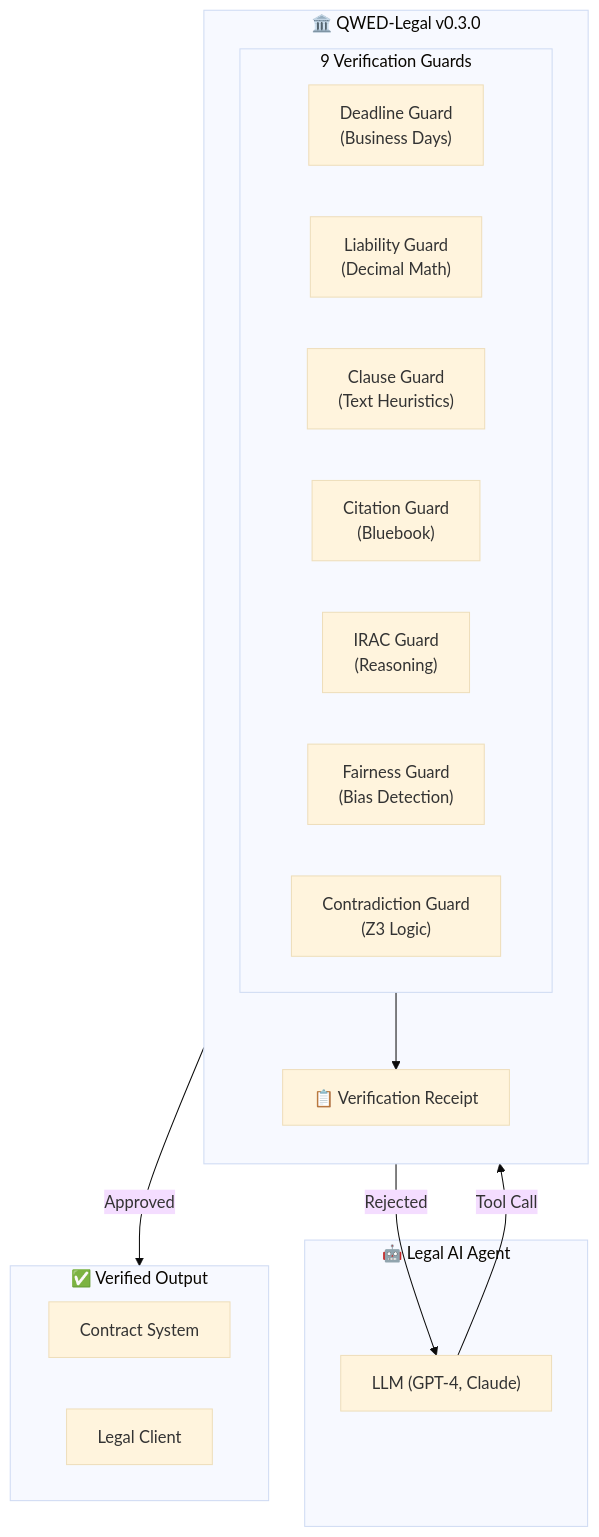
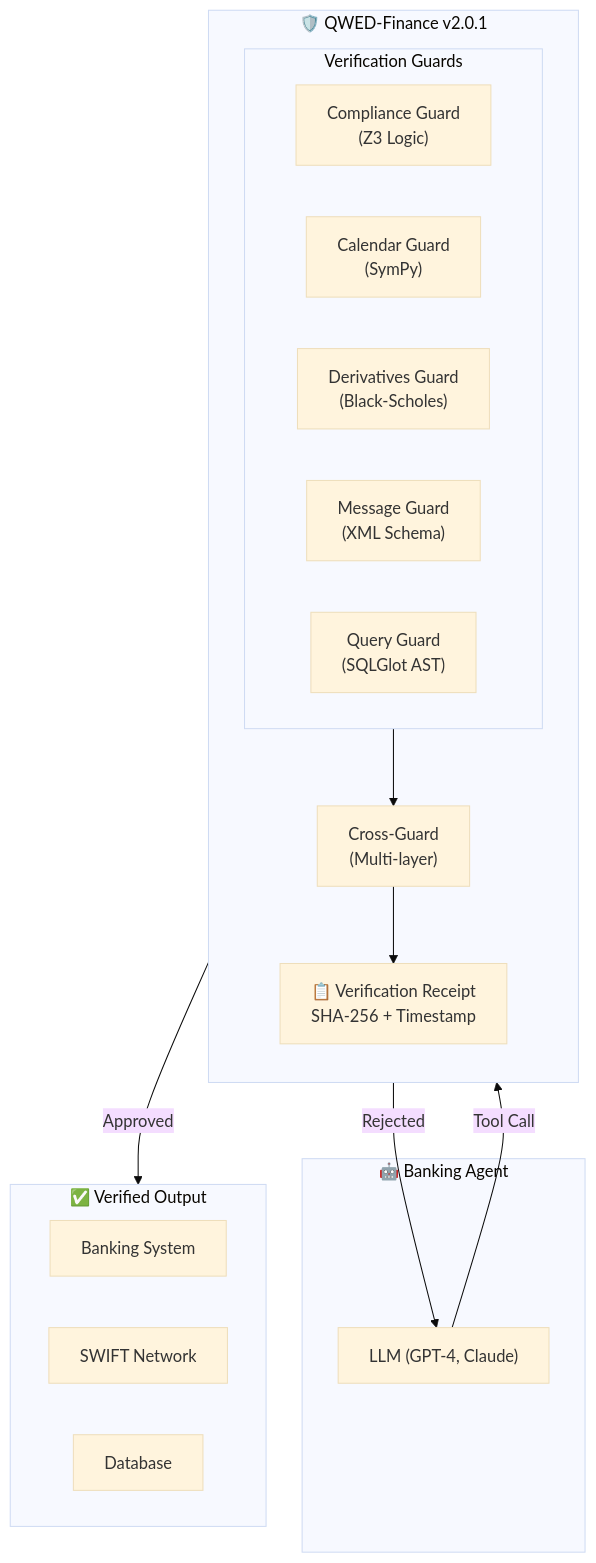
One commit to QWED-AI/docs changed the first of 4 diagrams in fr/overview.mdx. Above: the diagram before and after it, drawn with Mermaid (base theme). The commit also changed other lines of this file, not shown here.

````diff
--- a/fr/overview.mdx
+++ b/fr/overview.mdx
@@ -76,30 +66,31 @@
 ```mermaid
 flowchart TB
-    subgraph Agent["🤖 Legal AI Agent"]
+    subgraph Agent["🤖 Banking Agent"]
         LLM["LLM (GPT-4, Claude)"]
     end
     
-    subgraph QWED["🏛️ QWED-Legal v0.3.0"]
+    subgraph QWED["🛡️ QWED-Finance v2.0.1"]
         direction TB
-        subgraph Guards["9 Verification Guards"]
-            DG["Deadline Guard<br/>(Business Days)"]
-            LG["Liability Guard<br/>(Decimal Math)"]
-            CG["Clause Guard<br/>(Text Heuristics)"]
-            CTG["Citation Guard<br/>(Bluebook)"]
-            IG["IRAC Guard<br/>(Reasoning)"]
-            FG["Fairness Guard<br/>(Bias Detection)"]
-            CDG["Contradiction Guard<br/>(Z3 Logic)"]
+        subgraph Guards["Verification Guards"]
+            CG["Compliance Guard<br/>(Z3 Logic)"]
+            CAL["Calendar Guard<br/>(SymPy)"]
+            DG["Derivatives Guard<br/>(Black-Scholes)"]
+            MG["Message Guard<br/>(XML Schema)"]
+            QG["Query Guard<br/>(SQLGlot AST)"]
         end
-        Receipt["📋 Verification Receipt"]
+        XG["Cross-Guard<br/>(Multi-layer)"]
+        Receipt["📋 Verification Receipt<br/>SHA-256 + Timestamp"]
     end
     
     subgraph Output["✅ Verified Output"]
-        Contract["Contract System"]
-        Client["Legal Client"]
+        Bank["Banking System"]
+        SWIFT["SWIFT Network"]
+        DB["Database"]
     end
     
     LLM -->|"Tool Call"| Guards
-    Guards --> Receipt
+    Guards --> XG
+    XG --> Receipt
     Receipt -->|"Approved"| Output
     Receipt -->|"Rejected"| LLM
 ```
````
